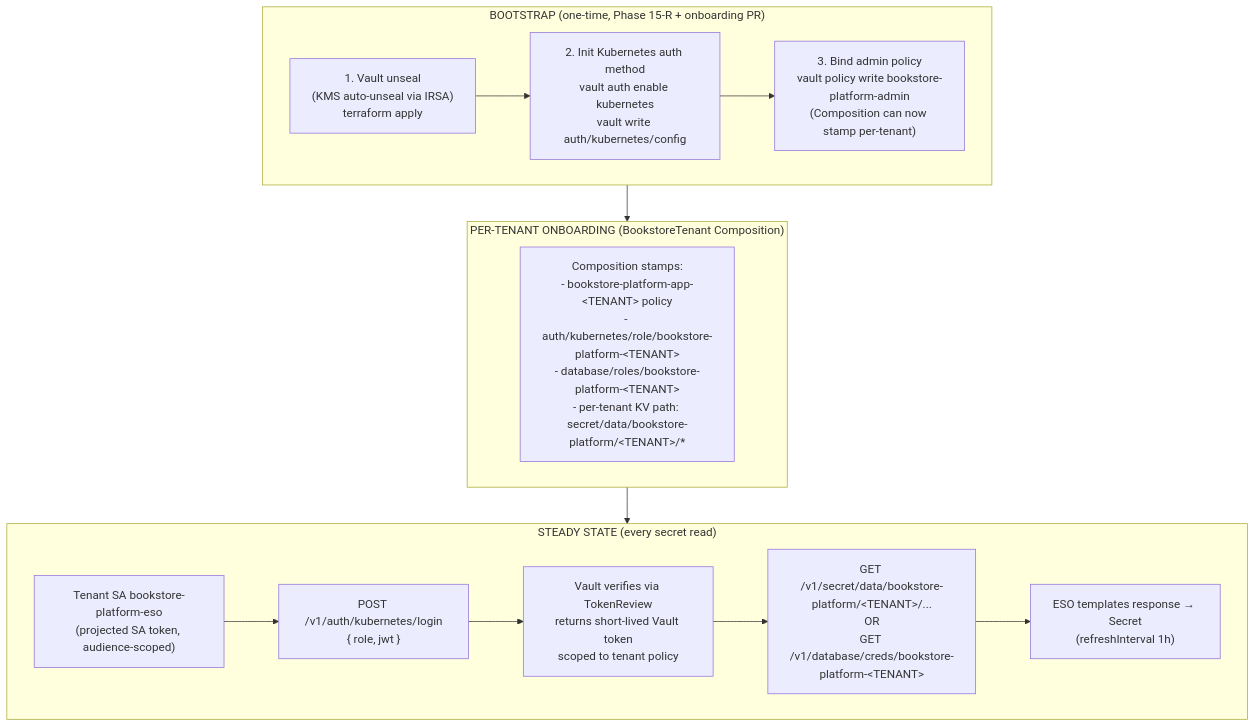
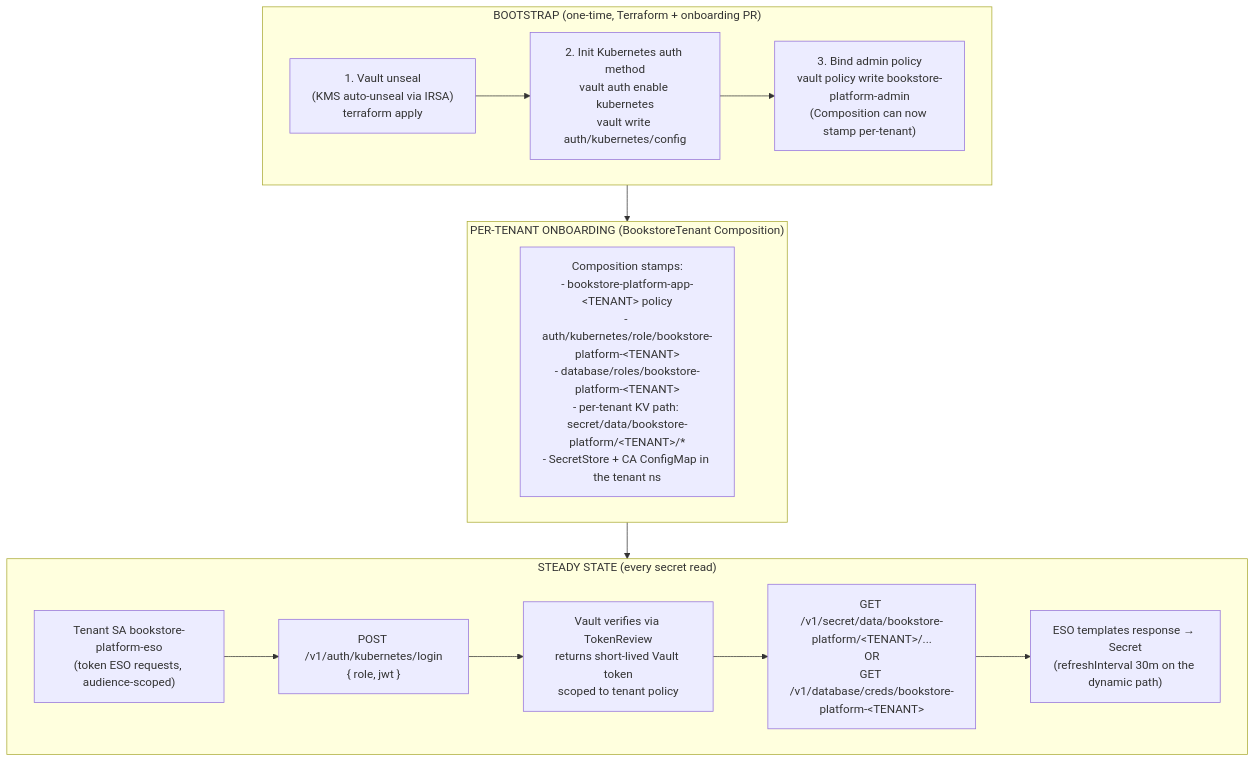
The diagram in full-guide/15-day-to-day-production-ops/05-production-secrets-vault-eso.md (abd-ulbasit/bookstore-kubernetes-guide), drawn with Mermaid before and after one commit. The commit also changed other lines of this file and 6 other files, not shown here.

````diff
--- a/full-guide/15-day-to-day-production-ops/05-production-secrets-vault-eso.md
+++ b/full-guide/15-day-to-day-production-ops/05-production-secrets-vault-eso.md
@@ -127,24 +137,24 @@
 ```mermaid
 flowchart TD
-    subgraph bootstrap["BOOTSTRAP (one-time, Phase 15-R + onboarding PR)"]
+    subgraph bootstrap["BOOTSTRAP (one-time, Terraform + onboarding PR)"]
         unseal["1. Vault unseal<br/>(KMS auto-unseal via IRSA)<br/>terraform apply"]
         init["2. Init Kubernetes auth method<br/>vault auth enable kubernetes<br/>vault write auth/kubernetes/config"]
         bind["3. Bind admin policy<br/>vault policy write bookstore-platform-admin<br/>(Composition can now stamp per-tenant)"]
         unseal --> init --> bind
     end
 
     subgraph onboard["PER-TENANT ONBOARDING (BookstoreTenant Composition)"]
-        compose["Composition stamps:<br/>- bookstore-platform-app-&lt;TENANT&gt; policy<br/>- auth/kubernetes/role/bookstore-platform-&lt;TENANT&gt;<br/>- database/roles/bookstore-platform-&lt;TENANT&gt;<br/>- per-tenant KV path: secret/data/bookstore-platform/&lt;TENANT&gt;/*"]
+        compose["Composition stamps:<br/>- bookstore-platform-app-&lt;TENANT&gt; policy<br/>- auth/kubernetes/role/bookstore-platform-&lt;TENANT&gt;<br/>- database/roles/bookstore-platform-&lt;TENANT&gt;<br/>- per-tenant KV path: secret/data/bookstore-platform/&lt;TENANT&gt;/*<br/>- SecretStore + CA ConfigMap in the tenant ns"]
     end
 
     subgraph steady["STEADY STATE (every secret read)"]
-        sa["Tenant SA bookstore-platform-eso<br/>(projected SA token, audience-scoped)"]
+        sa["Tenant SA bookstore-platform-eso<br/>(token ESO requests, audience-scoped)"]
         login["POST /v1/auth/kubernetes/login<br/>{ role, jwt }"]
         vault["Vault verifies via TokenReview<br/>returns short-lived Vault token<br/>scoped to tenant policy"]
         read["GET /v1/secret/data/bookstore-platform/&lt;TENANT&gt;/...<br/>OR<br/>GET /v1/database/creds/bookstore-platform-&lt;TENANT&gt;"]
-        sync["ESO templates response → Secret<br/>(refreshInterval 1h)"]
+        sync["ESO templates response → Secret<br/>(refreshInterval 30m on the dynamic path)"]
         sa --> login --> vault --> read --> sync
     end
 
     bootstrap --> onboard --> steady
 ```
````
